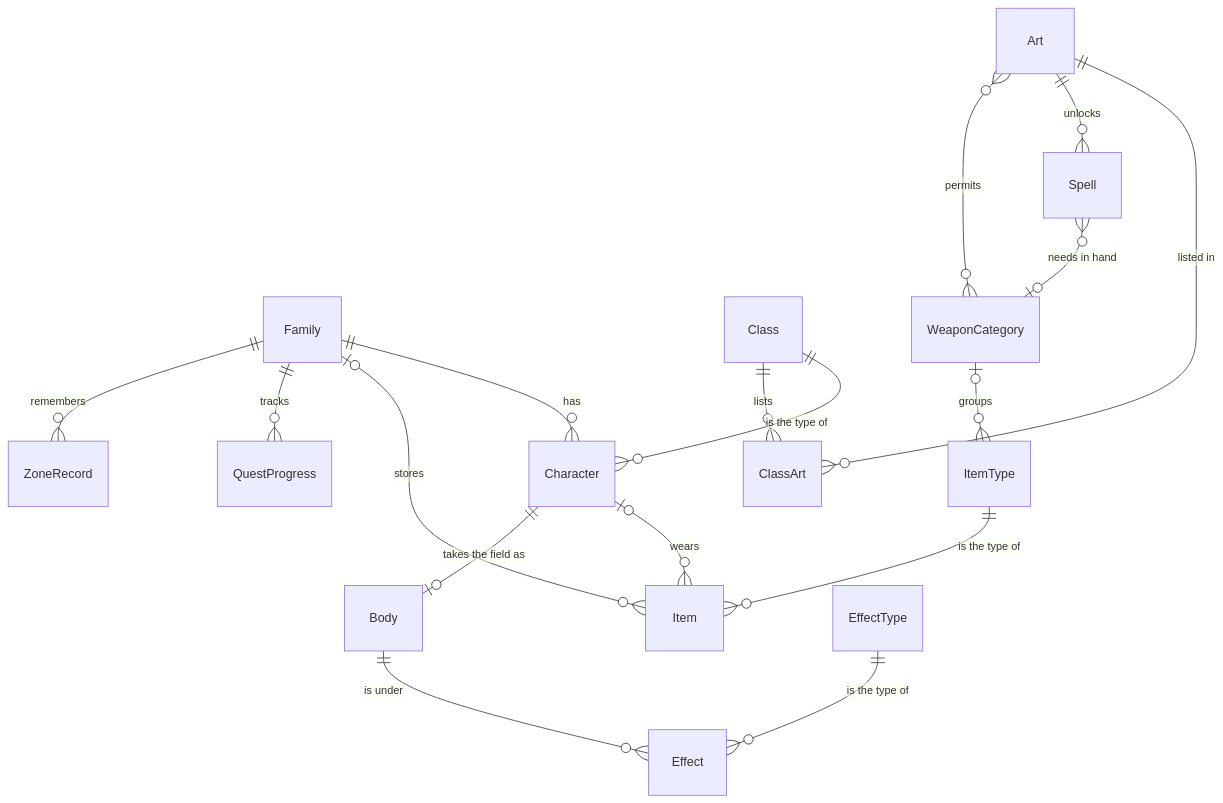
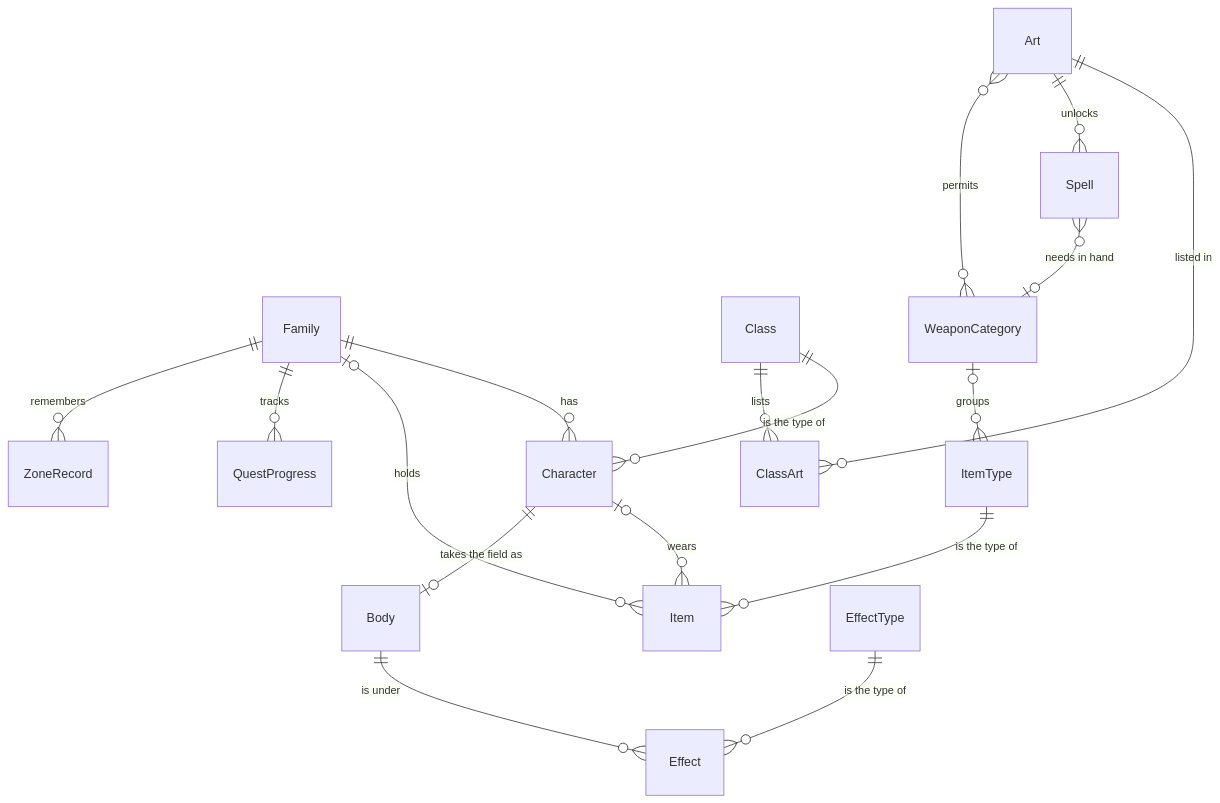
Before and after one commit to Huntling94/the-new-frontier: the first of 2 diagrams in docs/DATA-MODEL.md, drawn with Mermaid. The commit also changed other lines of this file and 32 other files, not shown here.

````diff
--- a/docs/DATA-MODEL.md
+++ b/docs/DATA-MODEL.md
@@ -68,19 +69,19 @@
 ```mermaid
 erDiagram
   Family ||--o{ Character : has
-  Family |o--o{ Item : stores
+  Family |o--o{ Item : holds
   Family ||--o{ QuestProgress : tracks
   Family ||--o{ ZoneRecord : remembers
   "Class" ||--o{ Character : "is the type of"
   "Class" ||--o{ ClassArt : lists
   Art ||--o{ ClassArt : "listed in"
   Art ||--o{ Spell : unlocks
   Art }o--o{ WeaponCategory : permits
   Spell }o--o| WeaponCategory : "needs in hand"
   WeaponCategory |o--o{ ItemType : groups
   ItemType ||--o{ Item : "is the type of"
   Character |o--o{ Item : wears
   Character ||--o| Body : "takes the field as"
   Body ||--o{ Effect : "is under"
   EffectType ||--o{ Effect : "is the type of"
 ```
````
